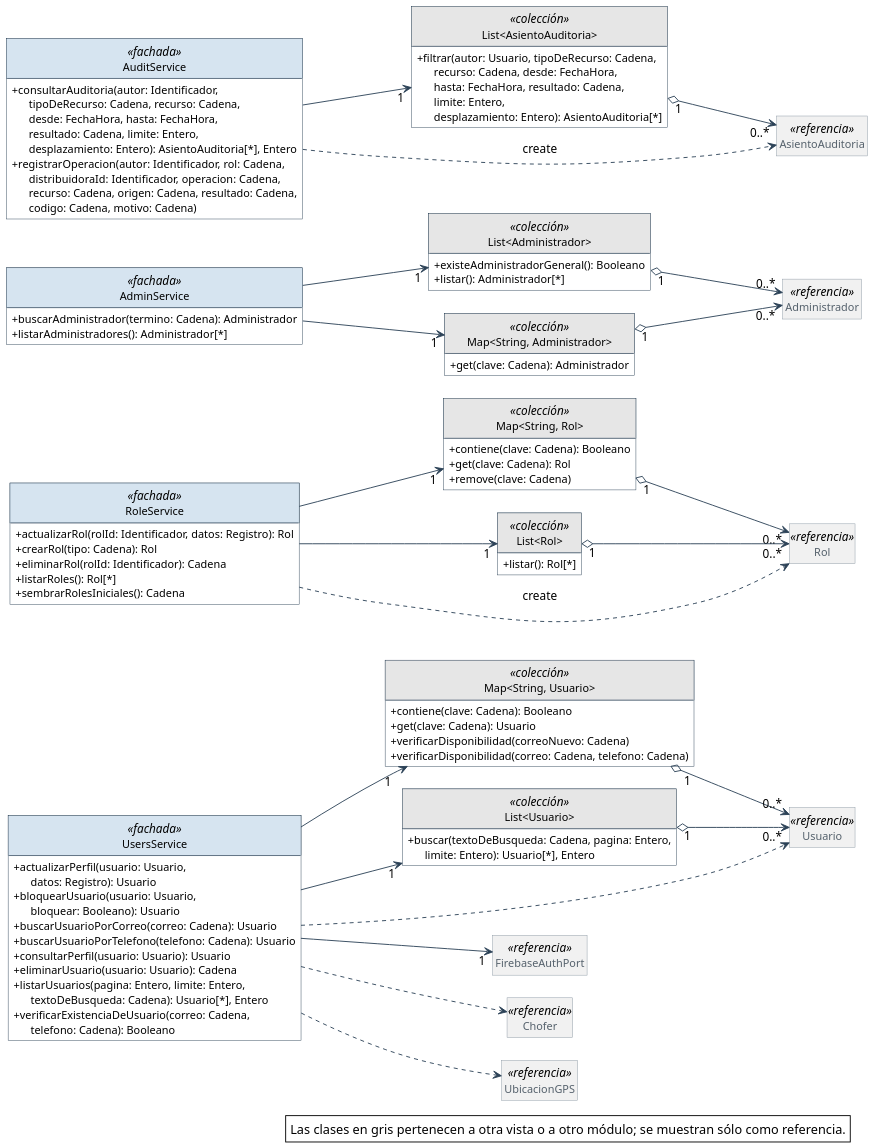
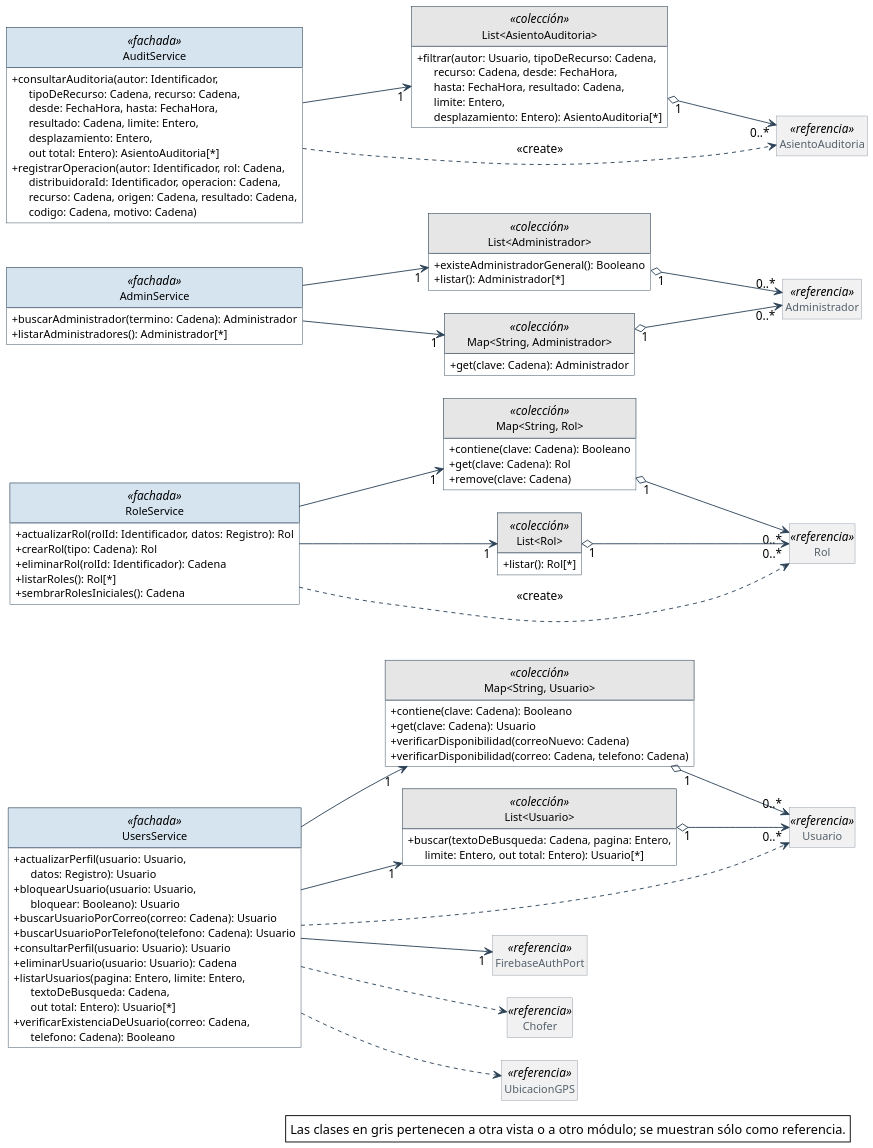
The diagram in diagramas/clases-diseno/DC_Mod_Usuarios.puml (Nahuelito-Dev/splg-docs), drawn with PlantUML before and after one commit. The commit also changed 263 other files, not shown here.

```diff
--- a/diagramas/clases-diseno/DC_Mod_Usuarios.puml
+++ b/diagramas/clases-diseno/DC_Mod_Usuarios.puml
@@ -1,147 +1,147 @@
 @startuml
 skinparam backgroundColor #FFFFFF
 skinparam shadowing false
 skinparam defaultFontName Helvetica
 skinparam defaultFontSize 13
 skinparam dpi 150
 skinparam nodesep 40
 skinparam ranksep 55
 skinparam classAttributeIconSize 0
 skinparam roundCorner 0
 skinparam genericDisplay old
 skinparam class {
   BorderColor #2C4257
   BackgroundColor #FFFFFF
   ArrowColor #2C4257
   FontSize 14
   AttributeFontSize 12
   HeaderBackgroundColor #E8EEF3
 }
 skinparam class<<referencia>> {
   BackgroundColor #F1F1F1
   BorderColor #8A97A3
   FontColor #55616C
 }
 skinparam class<<fachada>> {
   HeaderBackgroundColor #D6E4F0
 }
-skinparam class<<use case>> {
+skinparam class<<controlador>> {
   HeaderBackgroundColor #D6E4F0
 }
 skinparam class<<fabricación pura>> {
   HeaderBackgroundColor #F3E9CF
 }
 skinparam class<<colección>> {
   HeaderBackgroundColor #E6E6E6
 }
 skinparam class<<adaptador>> {
   HeaderBackgroundColor #DCEBDD
 }
 skinparam interface {
   BorderColor #2C4257
   BackgroundColor #FFFFFF
   HeaderBackgroundColor #DCEBDD
   FontSize 14
   AttributeFontSize 12
 }
 skinparam note {
   BackgroundColor #FFFFFF
   BorderColor #2C4257
 }
 skinparam packageStyle rectangle
 skinparam package {
   BorderColor #8A97A3
   FontSize 13
   FontColor #55616C
 }
 hide circle
 hide empty members
 
 left to right direction
 skinparam nodesep 25
 skinparam ranksep 90
 class "Map<String, Usuario>" as Map_String_Usuario <<colección>> {
   + contiene(clave: Cadena): Booleano
   + get(clave: Cadena): Usuario
   + verificarDisponibilidad(correoNuevo: Cadena)
   + verificarDisponibilidad(correo: Cadena, telefono: Cadena)
 }
 class UsersService <<fachada>> {
   + actualizarPerfil(usuario: Usuario,\n      datos: Registro): Usuario
   + bloquearUsuario(usuario: Usuario,\n      bloquear: Booleano): Usuario
   + buscarUsuarioPorCorreo(correo: Cadena): Usuario
   + buscarUsuarioPorTelefono(telefono: Cadena): Usuario
   + consultarPerfil(usuario: Usuario): Usuario
   + eliminarUsuario(usuario: Usuario): Cadena
-  + listarUsuarios(pagina: Entero, limite: Entero,\n      textoDeBusqueda: Cadena): Usuario[*], Entero
+  + listarUsuarios(pagina: Entero, limite: Entero,\n      textoDeBusqueda: Cadena,\n      out total: Entero): Usuario[*]
   + verificarExistenciaDeUsuario(correo: Cadena,\n      telefono: Cadena): Booleano
 }
 class "List<Usuario>" as List_Usuario <<colección>> {
-  + buscar(textoDeBusqueda: Cadena, pagina: Entero,\n      limite: Entero): Usuario[*], Entero
+  + buscar(textoDeBusqueda: Cadena, pagina: Entero,\n      limite: Entero, out total: Entero): Usuario[*]
 }
 class RoleService <<fachada>> {
   + actualizarRol(rolId: Identificador, datos: Registro): Rol
   + crearRol(tipo: Cadena): Rol
   + eliminarRol(rolId: Identificador): Cadena
   + listarRoles(): Rol[*]
   + sembrarRolesIniciales(): Cadena
 }
 class "Map<String, Rol>" as Map_String_Rol <<colección>> {
   + contiene(clave: Cadena): Booleano
   + get(clave: Cadena): Rol
   + remove(clave: Cadena)
 }
 class "List<Rol>" as List_Rol <<colección>> {
   + listar(): Rol[*]
 }
 class "List<Administrador>" as List_Administrador <<colección>> {
   + existeAdministradorGeneral(): Booleano
   + listar(): Administrador[*]
 }
 class AdminService <<fachada>> {
   + buscarAdministrador(termino: Cadena): Administrador
   + listarAdministradores(): Administrador[*]
 }
 class "Map<String, Administrador>" as Map_String_Administrador <<colección>> {
   + get(clave: Cadena): Administrador
 }
 class AuditService <<fachada>> {
-  + consultarAuditoria(autor: Identificador,\n      tipoDeRecurso: Cadena, recurso: Cadena,\n      desde: FechaHora, hasta: FechaHora,\n      resultado: Cadena, limite: Entero,\n      desplazamiento: Entero): AsientoAuditoria[*], Entero
+  + consultarAuditoria(autor: Identificador,\n      tipoDeRecurso: Cadena, recurso: Cadena,\n      desde: FechaHora, hasta: FechaHora,\n      resultado: Cadena, limite: Entero,\n      desplazamiento: Entero,\n      out total: Entero): AsientoAuditoria[*]
   + registrarOperacion(autor: Identificador, rol: Cadena,\n      distribuidoraId: Identificador, operacion: Cadena,\n      recurso: Cadena, origen: Cadena, resultado: Cadena,\n      codigo: Cadena, motivo: Cadena)
 }
 class "List<AsientoAuditoria>" as List_AsientoAuditoria <<colección>> {
   + filtrar(autor: Usuario, tipoDeRecurso: Cadena,\n      recurso: Cadena, desde: FechaHora,\n      hasta: FechaHora, resultado: Cadena,\n      limite: Entero,\n      desplazamiento: Entero): AsientoAuditoria[*]
 }
 class Usuario <<referencia>>
 class Administrador <<referencia>>
 class Rol <<referencia>>
 class AsientoAuditoria <<referencia>>
 class FirebaseAuthPort <<referencia>>
 class Chofer <<referencia>>
 class UbicacionGPS <<referencia>>
 
 Map_String_Usuario "1" o--> "0..*" Usuario
 List_Usuario "1" o--> "0..*" Usuario
 List_Administrador "1" o--> "0..*" Administrador
 Map_String_Administrador "1" o--> "0..*" Administrador
 Map_String_Rol "1" o--> "0..*" Rol
 List_Rol "1" o--> "0..*" Rol
 List_AsientoAuditoria "1" o--> "0..*" AsientoAuditoria
 AdminService --> "1" List_Administrador
 AdminService --> "1" Map_String_Administrador
 AuditService --> "1" List_AsientoAuditoria
 RoleService --> "1" List_Rol
 RoleService --> "1" Map_String_Rol
 UsersService --> "1" FirebaseAuthPort
 UsersService --> "1" List_Usuario
 UsersService --> "1" Map_String_Usuario
-AuditService ..> AsientoAuditoria : «create»
-RoleService ..> Rol : «create»
+AuditService ..> AsientoAuditoria : <<create>>
+RoleService ..> Rol : <<create>>
 UsersService ..> Chofer
 UsersService ..> UbicacionGPS
 UsersService ..> Usuario
 
 legend bottom right
   Las clases en gris pertenecen a otra vista o a otro módulo; se muestran sólo como referencia.
 endlegend
 @enduml
```
